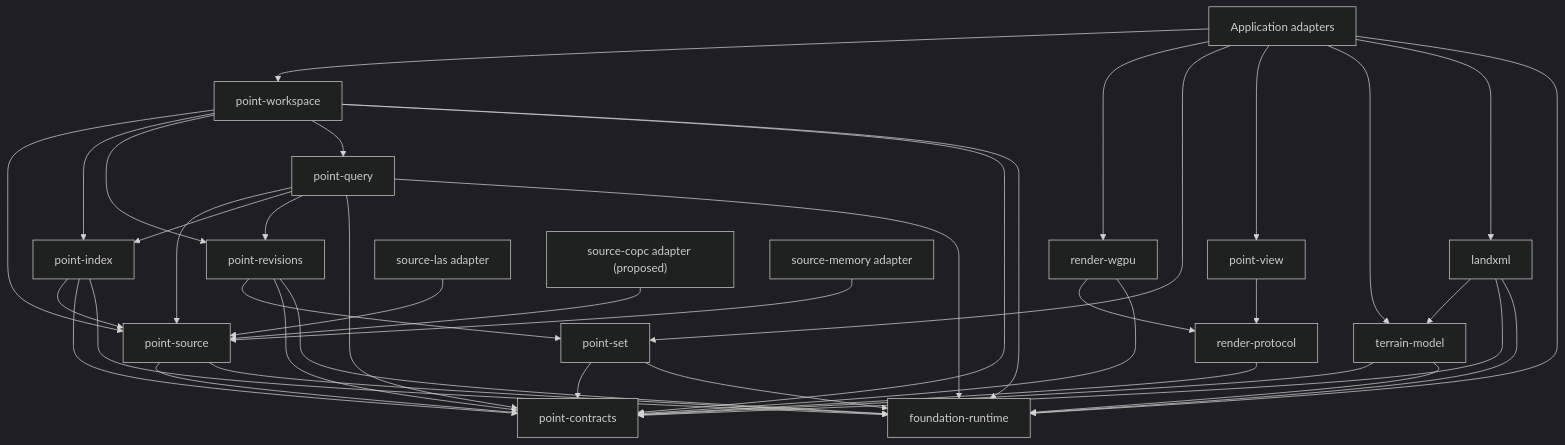
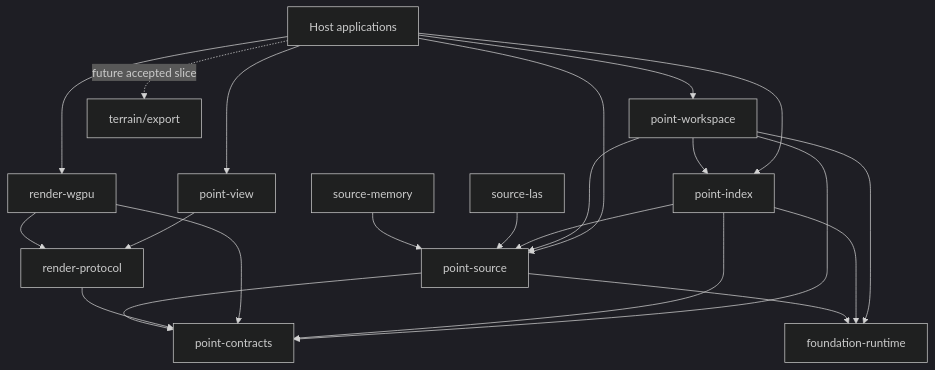
The diagram in docs/architecture/README.md (xxibcill/punctra), drawn with Mermaid (dark theme) before and after one commit. The commit also changed other lines of this file and 30 other files, not shown here.

```diff
--- a/docs/architecture/README.md
+++ b/docs/architecture/README.md
@@ -77,48 +24,29 @@
 ~~~mermaid
 flowchart TD
-    APP["Application adapters"] --> WS["point-workspace"]
+    APP["Host applications"] --> WS["point-workspace"]
+    APP --> VIEW["point-view"]
     APP --> RW["render-wgpu"]
-    APP --> SET["point-set"]
-    APP --> VIEW["point-view"]
-    APP --> TER["terrain-model"]
-    APP --> XML["landxml"]
-    APP --> RT["foundation-runtime"]
+    APP --> IDX["point-index"]
+    APP --> SRC["point-source"]
 
-    WS --> SRC["point-source"]
-    WS --> IDX["point-index"]
-    WS --> REV["point-revisions"]
-    WS --> QRY["point-query"]
+    WS --> IDX
+    WS --> SRC
+    WS --> CT["point-contracts"]
+    WS --> RT["foundation-runtime"]
 
-    REV --> SET
     IDX --> SRC
-    QRY --> SRC
-    QRY --> IDX
-    QRY --> REV
+    IDX --> CT
+    IDX --> RT
+
     VIEW --> RP["render-protocol"]
-    TER --> CT["point-contracts"]
-    XML --> TER
-    XML --> CT
     RW --> RP
     RW --> CT
     RP --> CT
 
     SRC --> CT
-    IDX --> CT
-    SET --> CT
-    REV --> CT
-    QRY --> CT
-    WS --> CT
+    SRC --> RT
+    LAS["source-las"] --> SRC
+    MEM["source-memory"] --> SRC
 
-    SRC --> RT
-    IDX --> RT
-    SET --> RT
-    REV --> RT
-    QRY --> RT
-    TER --> RT
-    XML --> RT
-    WS --> RT
-
-    LAS["source-las adapter"] --> SRC
-    COPC["source-copc adapter (proposed)"] --> SRC
-    MEM["source-memory adapter"] --> SRC
+    APP -. "future accepted slice" .-> TER["terrain/export"]
 ~~~
```
